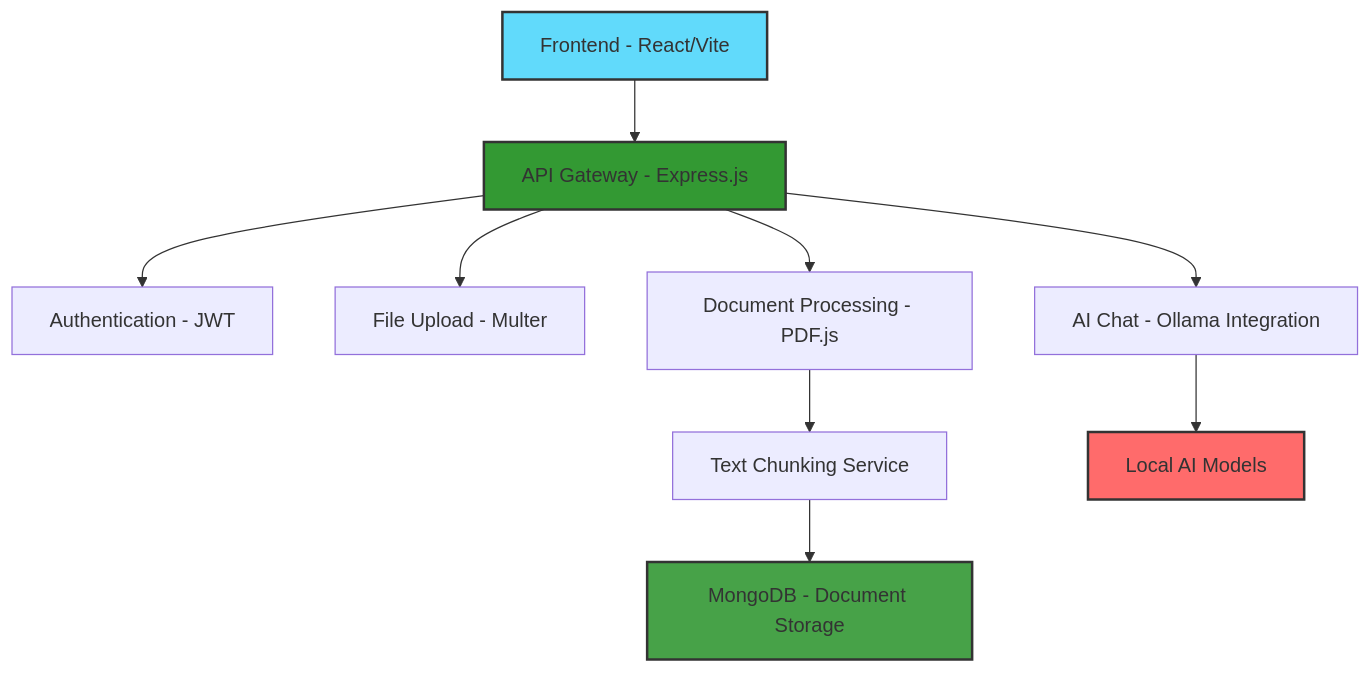
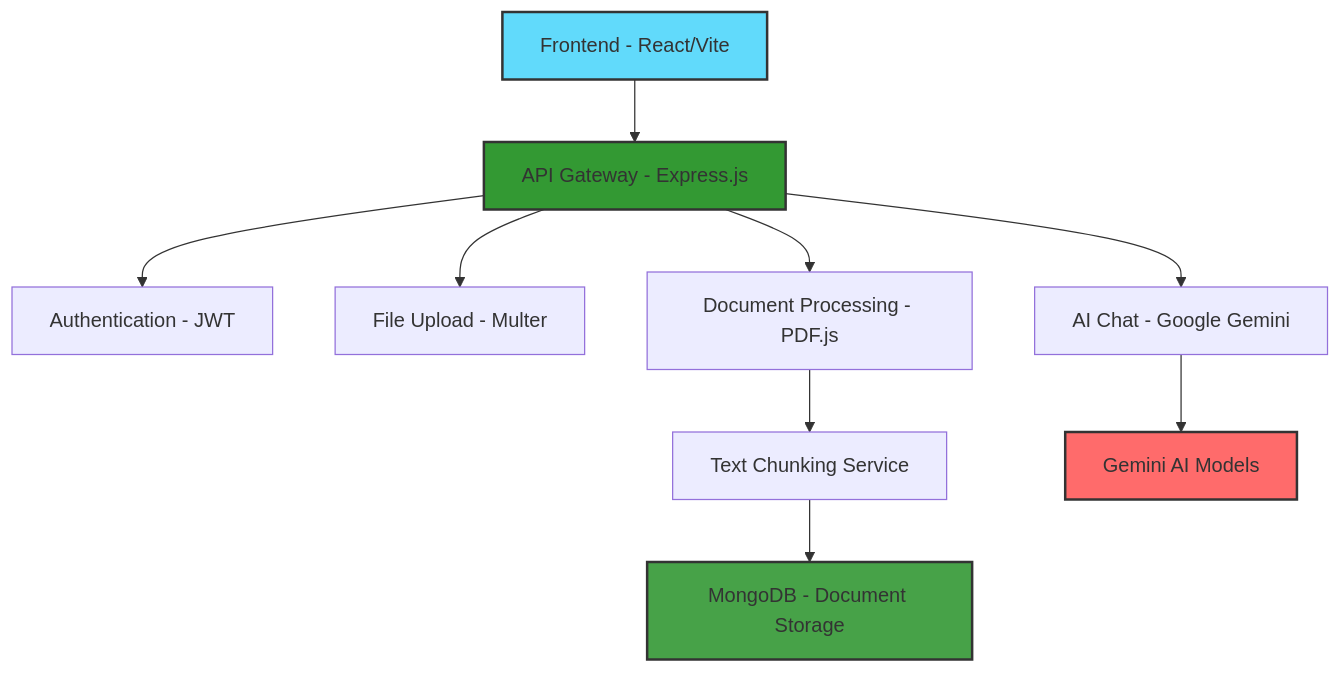
One commit to Arjun-Walia/Document-App changed the diagram in README.md. Above: the diagram before and after it, drawn with Mermaid. The commit also changed other lines of this file and 30 other files, not shown here.

````diff
--- a/README.md
+++ b/README.md
@@ -41,16 +41,16 @@
 ```mermaid
 graph TB
     A[Frontend - React/Vite] --> B[API Gateway - Express.js]
     B --> C[Authentication - JWT]
     B --> D[File Upload - Multer]
     B --> E[Document Processing - PDF.js]
     E --> F[Text Chunking Service]
     F --> G[MongoDB - Document Storage]
-    B --> H[AI Chat - Ollama Integration]
-    H --> I[Local AI Models]
+    B --> H[AI Chat - Google Gemini]
+    H --> I[Gemini AI Models]
     
     style A fill:#61DAFB,stroke:#333,stroke-width:2px
     style B fill:#339933,stroke:#333,stroke-width:2px
     style G fill:#47A248,stroke:#333,stroke-width:2px
     style I fill:#FF6B6B,stroke:#333,stroke-width:2px
 ```
````
